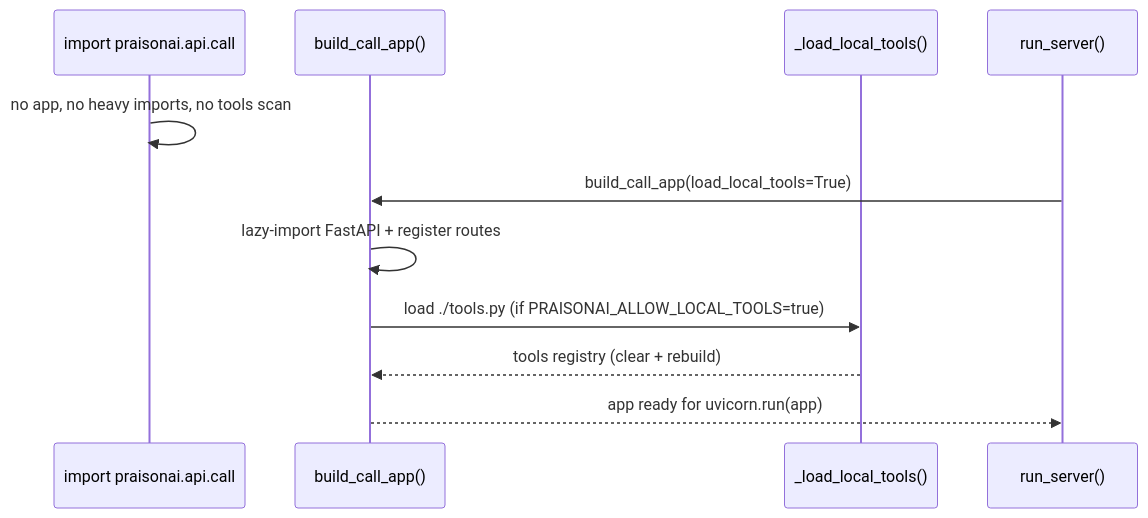
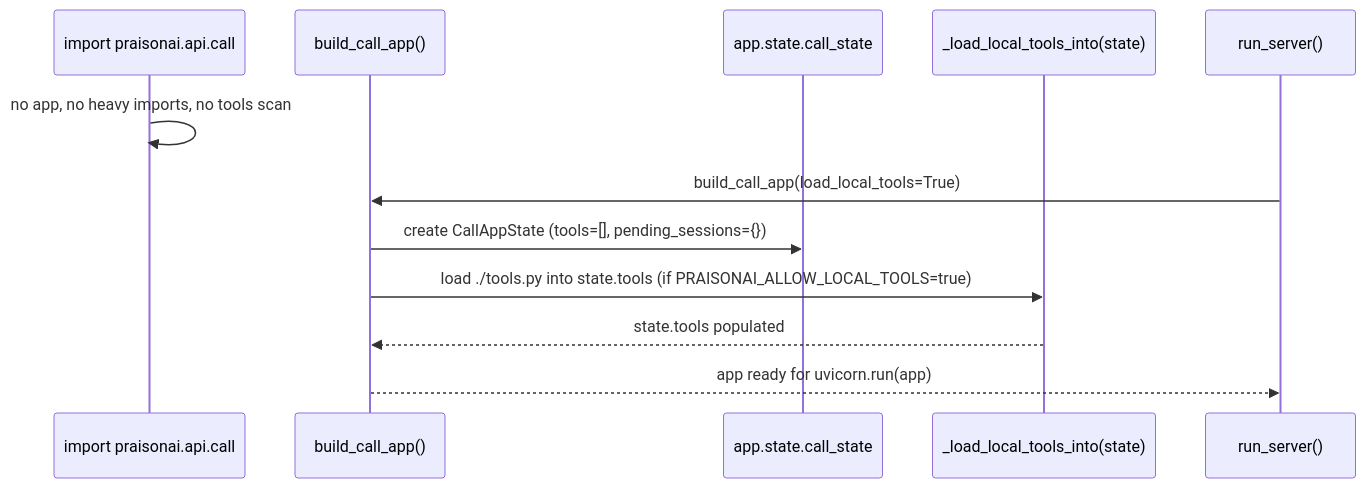
The third of 8 diagrams in docs/call.mdx (MervinPraison/PraisonAIDocs), drawn with Mermaid before and after one commit. The commit also changed other lines of this file and 1 other file, not shown here.

First line of the commit message:
docs: PRAISONAI_CALL_PUBLIC_BASE, per-app CallAppState, agent_config.llm (fixes #3373)

````diff
--- a/docs/call.mdx
+++ b/docs/call.mdx
@@ -170,14 +175,15 @@
 ```mermaid
 sequenceDiagram
     participant Import as import praisonai.api.call
     participant Build as build_call_app()
-    participant Tools as _load_local_tools()
+    participant State as app.state.call_state
+    participant Tools as _load_local_tools_into(state)
     participant Uvicorn as run_server()
 
     Import->>Import: no app, no heavy imports, no tools scan
     Uvicorn->>Build: build_call_app(load_local_tools=True)
-    Build->>Build: lazy-import FastAPI + register routes
-    Build->>Tools: load ./tools.py (if PRAISONAI_ALLOW_LOCAL_TOOLS=true)
-    Tools-->>Build: tools registry (clear + rebuild)
+    Build->>State: create CallAppState (tools=[], pending_sessions={})
+    Build->>Tools: load ./tools.py into state.tools (if PRAISONAI_ALLOW_LOCAL_TOOLS=true)
+    Tools-->>Build: state.tools populated
     Build-->>Uvicorn: app ready for uvicorn.run(app)
 ```
````
